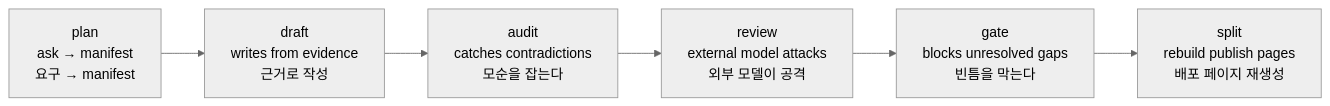
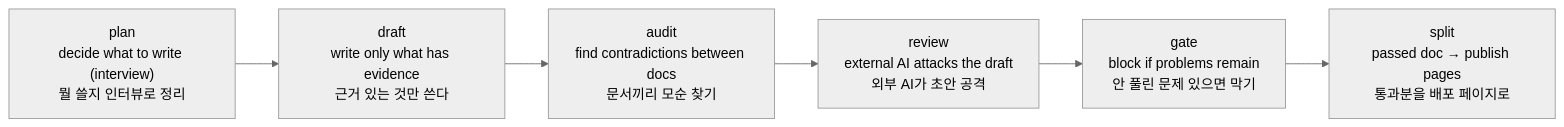
One commit to kaidomo/docloop changed the diagram in README.md. Above: the diagram before and after it, drawn with Mermaid (neutral theme). The commit also changed other lines of this file, not shown here.

First line of the commit message:
docs(readme): rewrite first screen in planner language per plan v4

````diff
--- a/README.md
+++ b/README.md
@@ -81,8 +89,8 @@
 ```mermaid
 flowchart LR
-  P["plan<br/>ask → manifest<br/>요구 → manifest"] --> D["draft<br/>writes from evidence<br/>근거로 작성"]
-  D --> A["audit<br/>catches contradictions<br/>모순을 잡는다"]
-  A --> R["review<br/>external model attacks<br/>외부 모델이 공격"]
-  R --> G["gate<br/>blocks unresolved gaps<br/>빈틈을 막는다"]
-  G --> S["split<br/>rebuild publish pages<br/>배포 페이지 재생성"]
+  P["plan<br/>decide what to write (interview)<br/>뭘 쓸지 인터뷰로 정리"] --> D["draft<br/>write only what has evidence<br/>근거 있는 것만 쓴다"]
+  D --> A["audit<br/>find contradictions between docs<br/>문서끼리 모순 찾기"]
+  A --> R["review<br/>external AI attacks the draft<br/>외부 AI가 초안 공격"]
+  R --> G["gate<br/>block if problems remain<br/>안 풀린 문제 있으면 막기"]
+  G --> S["split<br/>passed doc → publish pages<br/>통과분을 배포 페이지로"]
 ```
````
